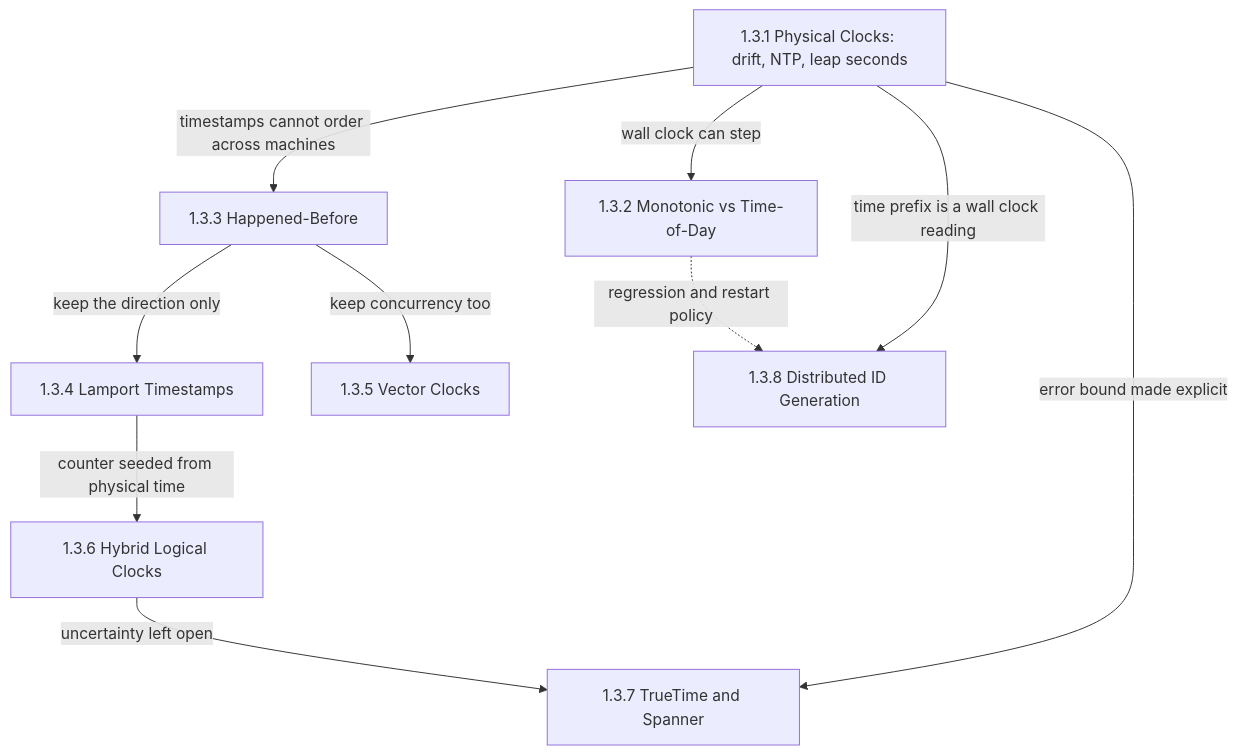
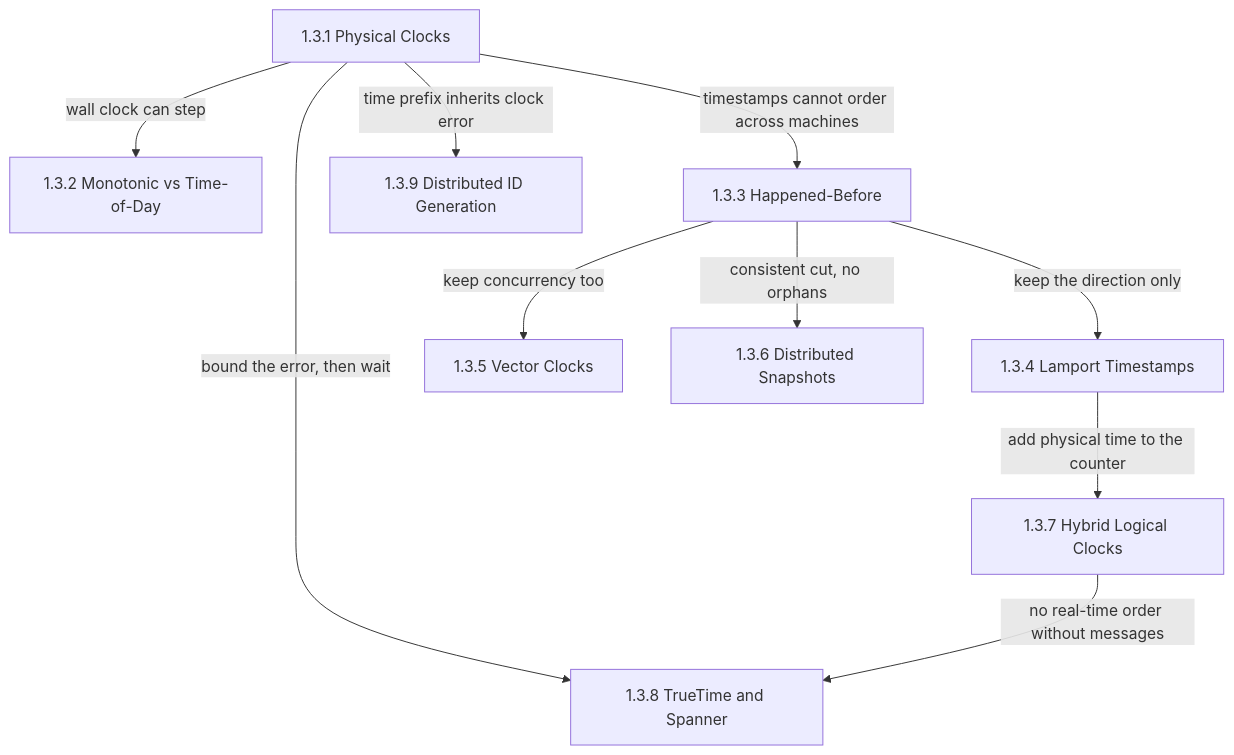
The first of 3 diagrams in src/content/docs/en/foundations/time-and-ordering/index.mdx (gorkemsari/distributed-systems), drawn with Mermaid before and after one commit. The commit also changed other lines of this file and 8 other files, not shown here.

````diff
--- a/src/content/docs/en/foundations/time-and-ordering/index.mdx
+++ b/src/content/docs/en/foundations/time-and-ordering/index.mdx
@@ -17,20 +17,21 @@
 ```mermaid
 flowchart TD
-    PC["1.3.1 Physical Clocks: drift, NTP, leap seconds"]
+    PC["1.3.1 Physical Clocks"]
     MT["1.3.2 Monotonic vs Time-of-Day"]
     HB["1.3.3 Happened-Before"]
     LT["1.3.4 Lamport Timestamps"]
     VC["1.3.5 Vector Clocks"]
-    HLC["1.3.6 Hybrid Logical Clocks"]
-    TT["1.3.7 TrueTime and Spanner"]
-    ID["1.3.8 Distributed ID Generation"]
+    DS["1.3.6 Distributed Snapshots"]
+    HLC["1.3.7 Hybrid Logical Clocks"]
+    TT["1.3.8 TrueTime and Spanner"]
+    ID["1.3.9 Distributed ID Generation"]
     PC -->|"wall clock can step"| MT
     PC -->|"timestamps cannot order across machines"| HB
     HB -->|"keep the direction only"| LT
     HB -->|"keep concurrency too"| VC
-    LT -->|"counter seeded from physical time"| HLC
-    PC -->|"error bound made explicit"| TT
-    HLC -->|"uncertainty left open"| TT
-    PC -->|"time prefix is a wall clock reading"| ID
-    MT -.->|"regression and restart policy"| ID
+    HB -->|"consistent cut, no orphans"| DS
+    LT -->|"add physical time to the counter"| HLC
+    PC -->|"bound the error, then wait"| TT
+    HLC -->|"no real-time order without messages"| TT
+    PC -->|"time prefix inherits clock error"| ID
 ```
````
